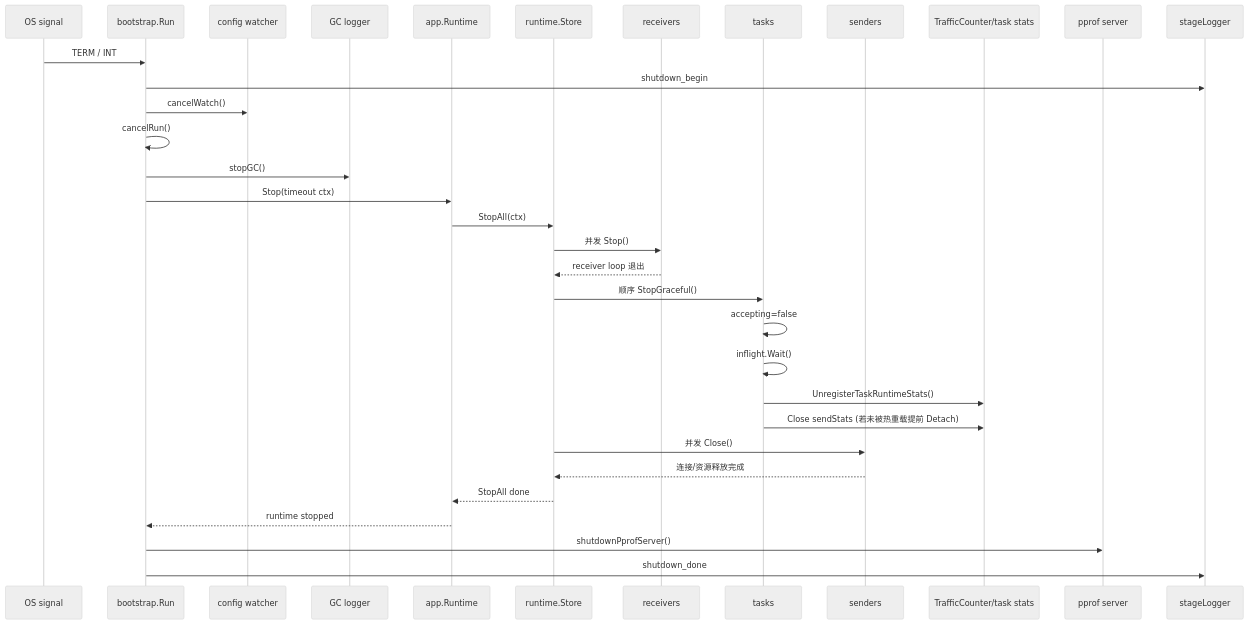
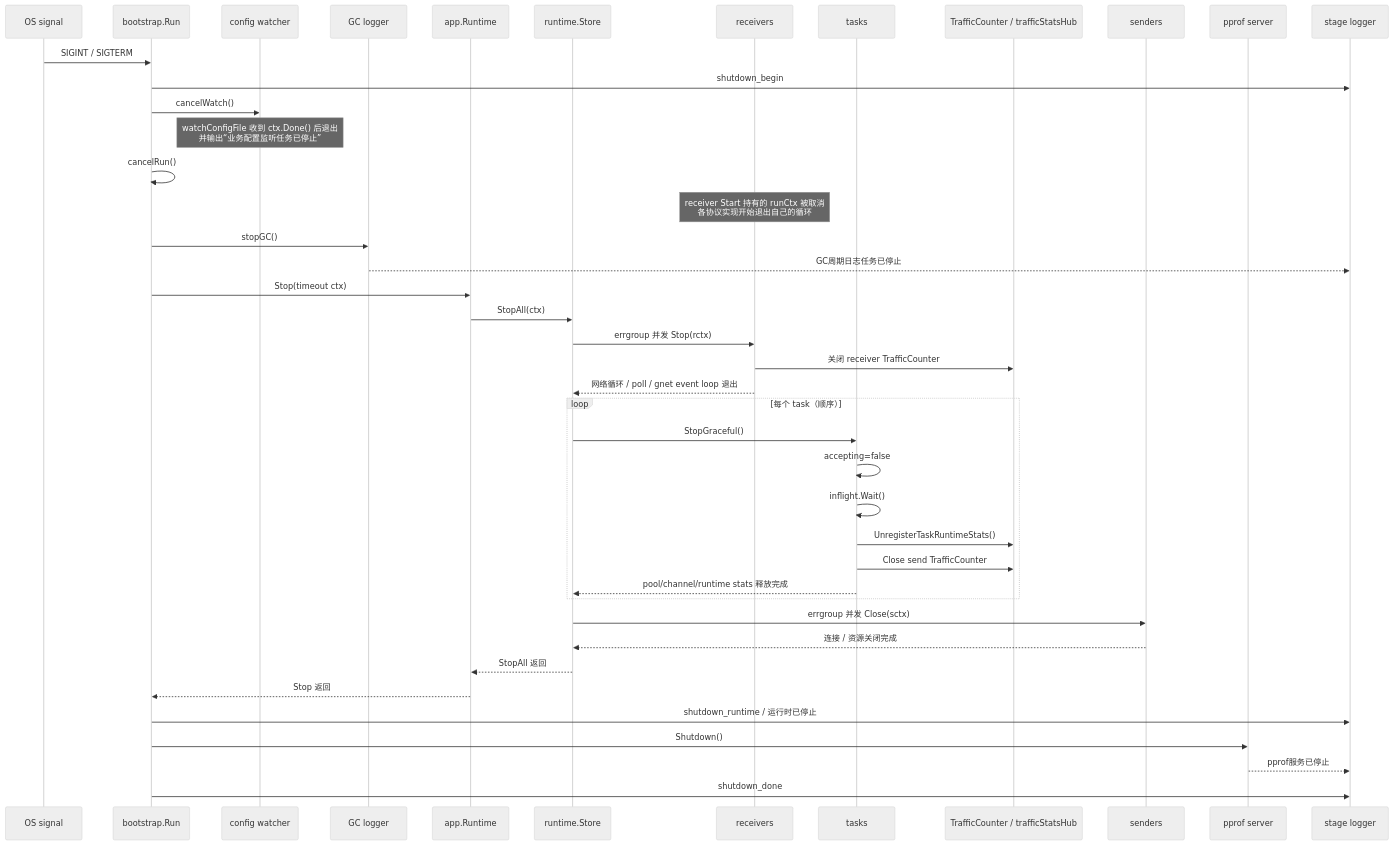
The fourth of 4 diagrams in docs/runtime-sequence-and-flow.md (oublie6/forward-stub), drawn with Mermaid (neutral theme) before and after one commit. The commit also changed other lines of this file and 9 other files, not shown here.

Commit message:
docs: add operations manual and shutdown sequence

````diff
--- a/docs/runtime-sequence-and-flow.md
+++ b/docs/runtime-sequence-and-flow.md
@@ -593,36 +383,48 @@
 ```mermaid
 sequenceDiagram
     participant signal as OS signal
     participant bootstrap as bootstrap.Run
     participant watcher as config watcher
     participant gc as GC logger
     participant app as app.Runtime
     participant store as runtime.Store
     participant receiver as receivers
     participant task as tasks
+    participant traffic as TrafficCounter / trafficStatsHub
     participant sender as senders
-    participant traffic as TrafficCounter/task stats
     participant pprof as pprof server
-    participant logger as stageLogger
+    participant logger as stage logger
 
-    signal->>bootstrap: TERM / INT
+    signal->>bootstrap: SIGINT / SIGTERM
     bootstrap->>logger: shutdown_begin
     bootstrap->>watcher: cancelWatch()
+    note over watcher: watchConfigFile 收到 ctx.Done() 后退出<br/>并输出“业务配置监听任务已停止”
     bootstrap->>bootstrap: cancelRun()
+    note over receiver: receiver Start 持有的 runCtx 被取消<br/>各协议实现开始退出自己的循环
     bootstrap->>gc: stopGC()
+    gc-->>logger: GC周期日志任务已停止
     bootstrap->>app: Stop(timeout ctx)
     app->>store: StopAll(ctx)
-    store->>receiver: 并发 Stop()
-    receiver-->>store: receiver loop 退出
-    store->>task: 顺序 StopGraceful()
-    task->>task: accepting=false
-    task->>task: inflight.Wait()
-    task->>traffic: UnregisterTaskRuntimeStats()
-    task->>traffic: Close sendStats (若未被热重载提前 Detach)
-    store->>sender: 并发 Close()
-    sender-->>store: 连接/资源释放完成
-    store-->>app: StopAll done
-    app-->>bootstrap: runtime stopped
-    bootstrap->>pprof: shutdownPprofServer()
+
+    store->>receiver: errgroup 并发 Stop(rctx)
+    receiver->>traffic: 关闭 receiver TrafficCounter
+    receiver-->>store: 网络循环 / poll / gnet event loop 退出
+
+    loop 每个 task（顺序）
+        store->>task: StopGraceful()
+        task->>task: accepting=false
+        task->>task: inflight.Wait()
+        task->>traffic: UnregisterTaskRuntimeStats()
+        task->>traffic: Close send TrafficCounter
+        task-->>store: pool/channel/runtime stats 释放完成
+    end
+
+    store->>sender: errgroup 并发 Close(sctx)
+    sender-->>store: 连接 / 资源关闭完成
+    store-->>app: StopAll 返回
+    app-->>bootstrap: Stop 返回
+    bootstrap->>logger: shutdown_runtime / 运行时已停止
+    bootstrap->>pprof: Shutdown()
+    pprof-->>logger: pprof服务已停止
     bootstrap->>logger: shutdown_done
 ```
````
